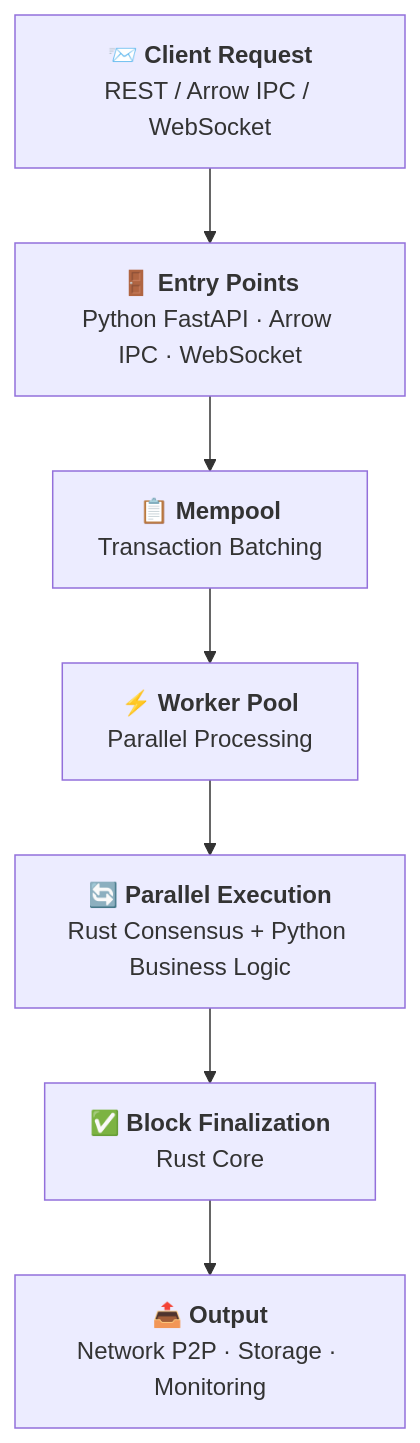
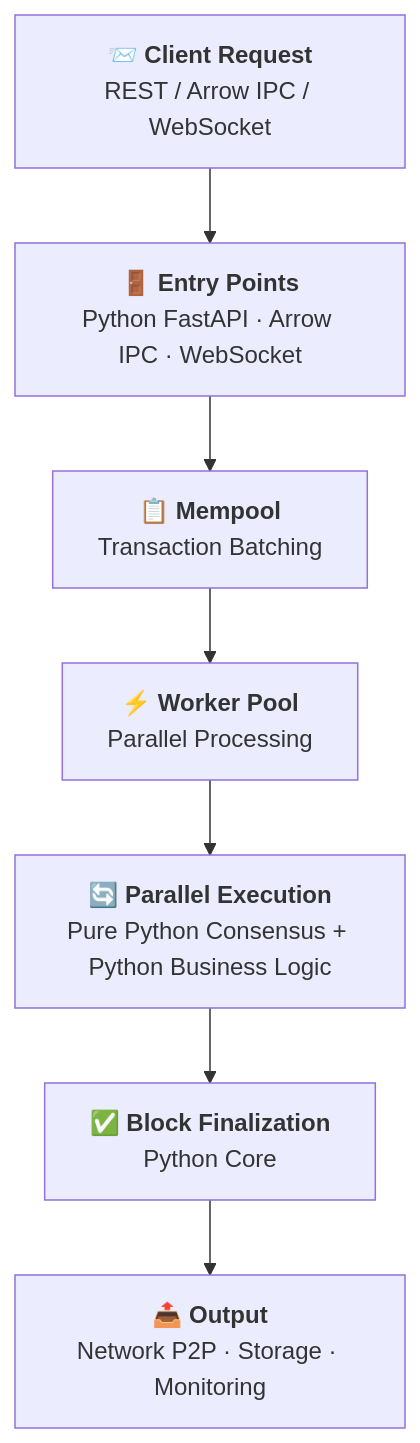
One commit to VanDung-dev/HieraChain changed the fifth of 11 diagrams in docs/ARCHITECTURE.md. Above: the diagram before and after it, drawn with Mermaid. The commit also changed 1 other file, not shown here.

Commit message:
docs: update architecture and codebase references for pure Python transition
- Update `docs/ARCHITECTURE.md` to reflect the transition from a Rust-based core to a pure Python implementation for consensus and block finalization.
- Update `docs/CODEBASE_REFERENCE.md` to include the `generic/` prefix for core component file paths (e.g., `chains`, `events`, `utils`).
- Update `docs/CODEBASE_REFERENCE.md` to reflect CLI modifications, including adjusted commands for `cli/event.py` and `cli/node.py`, and the addition of `cli/key.py` and `cli/verify.py` for key management and ledger auditing.

````diff
--- a/docs/ARCHITECTURE.md
+++ b/docs/ARCHITECTURE.md
@@ -151,18 +151,18 @@
 ```mermaid
 flowchart TB
     CR["📨 <b>Client Request</b><br/>REST / Arrow IPC / WebSocket"]
     
     EP["🚪 <b>Entry Points</b><br/>Python FastAPI · Arrow IPC · WebSocket"]
     
     MP["📋 <b>Mempool</b><br/>Transaction Batching"]
     
     WP["⚡ <b>Worker Pool</b><br/>Parallel Processing"]
     
-    EX["🔄 <b>Parallel Execution</b><br/>Rust Consensus + Python Business Logic"]
+    EX["🔄 <b>Parallel Execution</b><br/>Pure Python Consensus + Python Business Logic"]
     
-    BF["✅ <b>Block Finalization</b><br/>Rust Core"]
+    BF["✅ <b>Block Finalization</b><br/>Python Core"]
     
     OUT["📤 <b>Output</b><br/>Network P2P · Storage · Monitoring"]
 
     CR --> EP --> MP --> WP --> EX --> BF --> OUT
 ```
````
